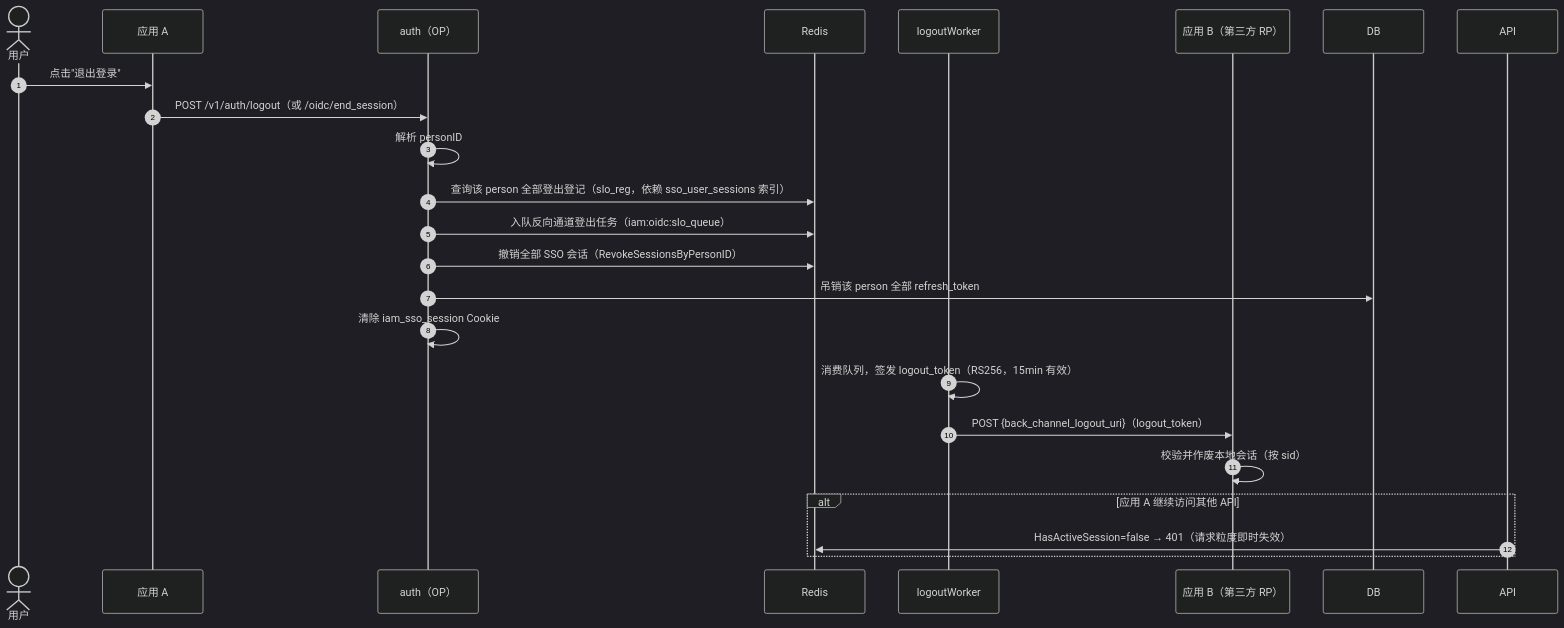
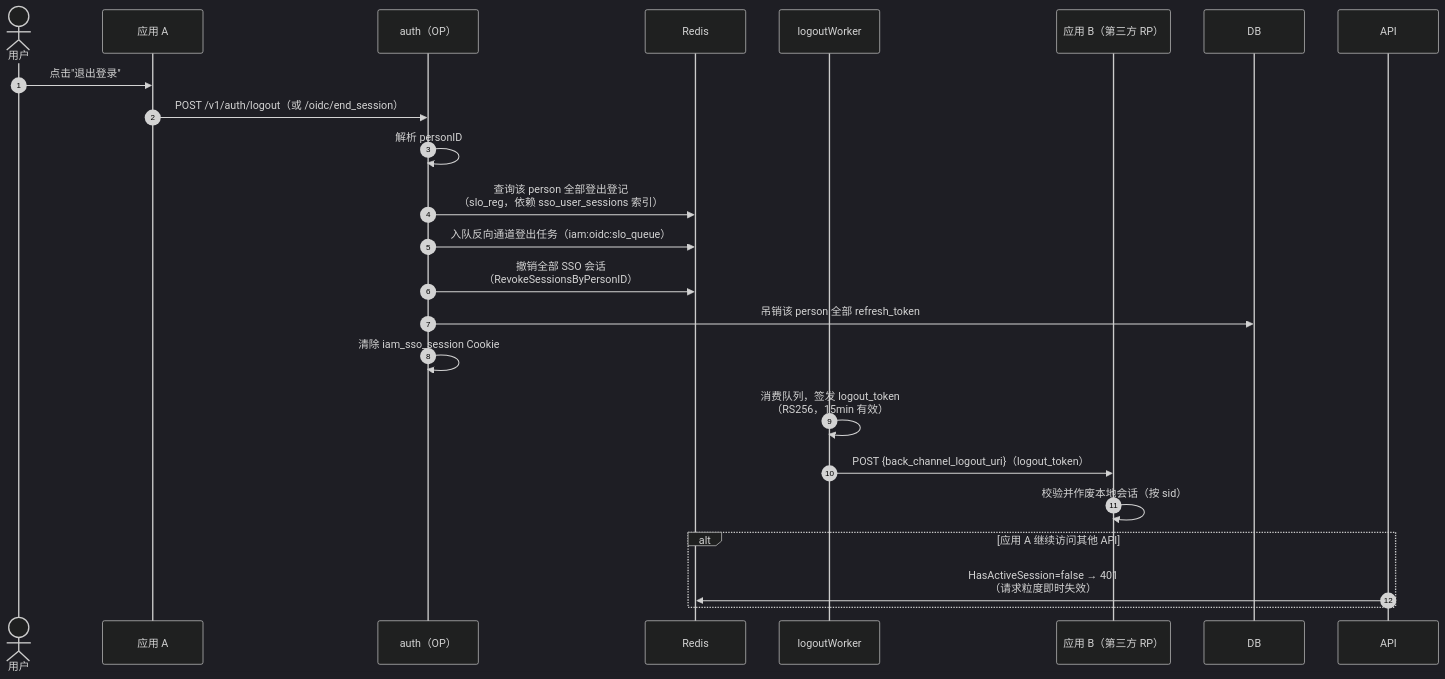
Before and after one commit to morehao/ark-iam: the eighth of 13 diagrams in docs/design/system-design.md, drawn with Mermaid (dark theme). The commit also changed other lines of this file and 172 other files, not shown here.

````diff
--- a/docs/design/system-design.md
+++ b/docs/design/system-design.md
@@ -699,25 +667,25 @@
 ```mermaid
 sequenceDiagram
     autonumber
     actor U as 用户
     participant RP1 as 应用 A
     participant A as auth（OP）
     participant RD as Redis
     participant W as logoutWorker
     participant RP2 as 应用 B（第三方 RP）
 
     U->>RP1: 点击"退出登录"
     RP1->>A: POST /v1/auth/logout（或 /oidc/end_session）
     A->>A: 解析 personID
-    A->>RD: 查询该 person 全部登出登记（slo_reg，依赖 sso_user_sessions 索引）
+    A->>RD: 查询该 person 全部登出登记<br/>（slo_reg，依赖 sso_user_sessions 索引）
     A->>RD: 入队反向通道登出任务（iam:oidc:slo_queue）
-    A->>RD: 撤销全部 SSO 会话（RevokeSessionsByPersonID）
+    A->>RD: 撤销全部 SSO 会话<br/>（RevokeSessionsByPersonID）
     A->>DB: 吊销该 person 全部 refresh_token
     A->>A: 清除 iam_sso_session Cookie
-    W->>W: 消费队列，签发 logout_token（RS256，15min 有效）
+    W->>W: 消费队列，签发 logout_token<br/>（RS256，15min 有效）
     W->>RP2: POST {back_channel_logout_uri}（logout_token）
     RP2->>RP2: 校验并作废本地会话（按 sid）
     alt 应用 A 继续访问其他 API
-        API->>RD: HasActiveSession=false → 401（请求粒度即时失效）
+        API->>RD: HasActiveSession=false → 401<br/>（请求粒度即时失效）
     end
 ```
````
